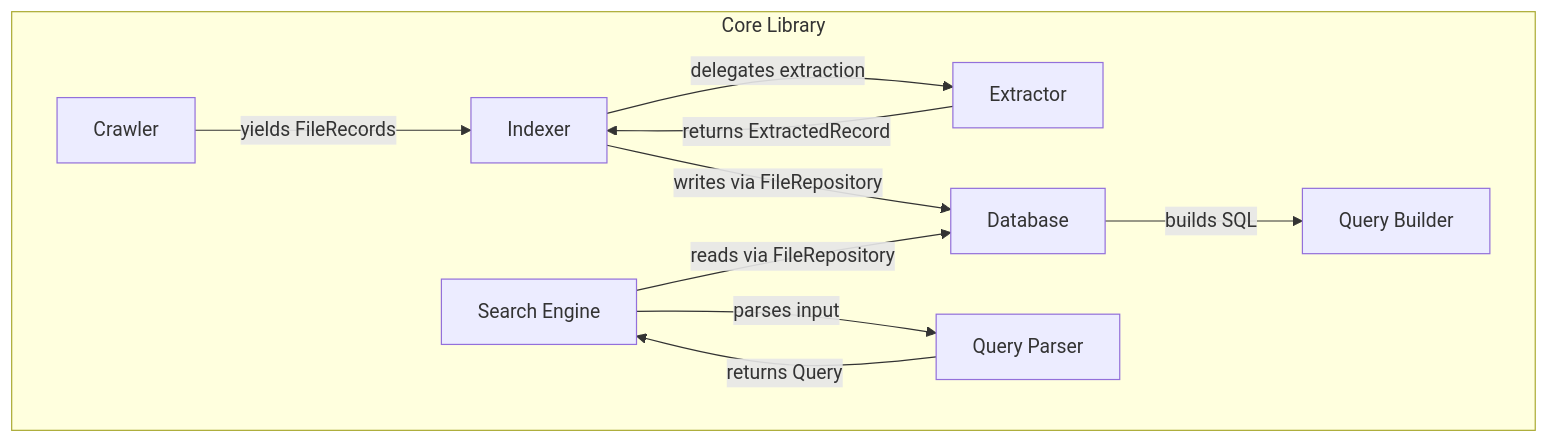
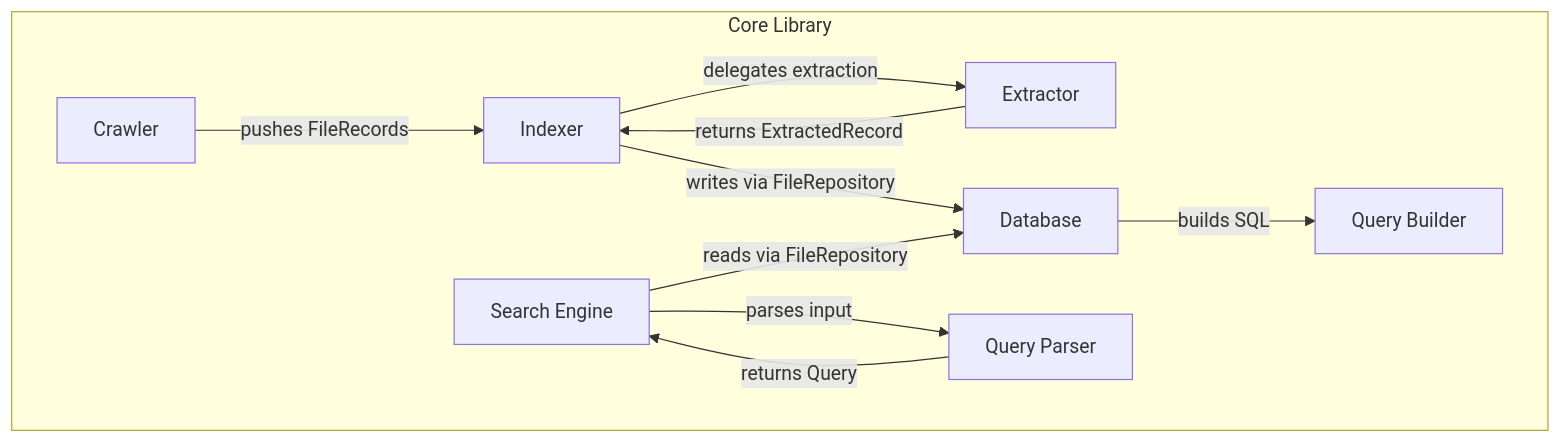
The third of 4 diagrams in ARCHITECTURE.md (ralu2004/Local-File-Search-System), drawn with Mermaid before and after one commit. The commit also changed other lines of this file, not shown here.

Commit message:
docs(architecture): update component and class view to current crawler/indexer design

````diff
--- a/ARCHITECTURE.md
+++ b/ARCHITECTURE.md
@@ -65,21 +65,21 @@
 ```mermaid
 graph TD
     subgraph Core["Core Library"]
         Crawler["Crawler"]
         Indexer["Indexer"]
         Extractor["Extractor"]
         Search["Search Engine"]
         QueryParser["Query Parser"]
         DB["Database"]
         QueryBuilder["Query Builder"]
     end
 
-    Crawler -->|yields FileRecords| Indexer
+    Crawler -->|pushes FileRecords| Indexer
     Indexer -->|delegates extraction| Extractor
     Extractor -->|returns ExtractedRecord| Indexer
     Indexer -->|writes via FileRepository| DB
     Search -->|parses input| QueryParser
     QueryParser -->|returns Query| Search
     Search -->|reads via FileRepository| DB
     DB -->|builds SQL| QueryBuilder
 ```
````
